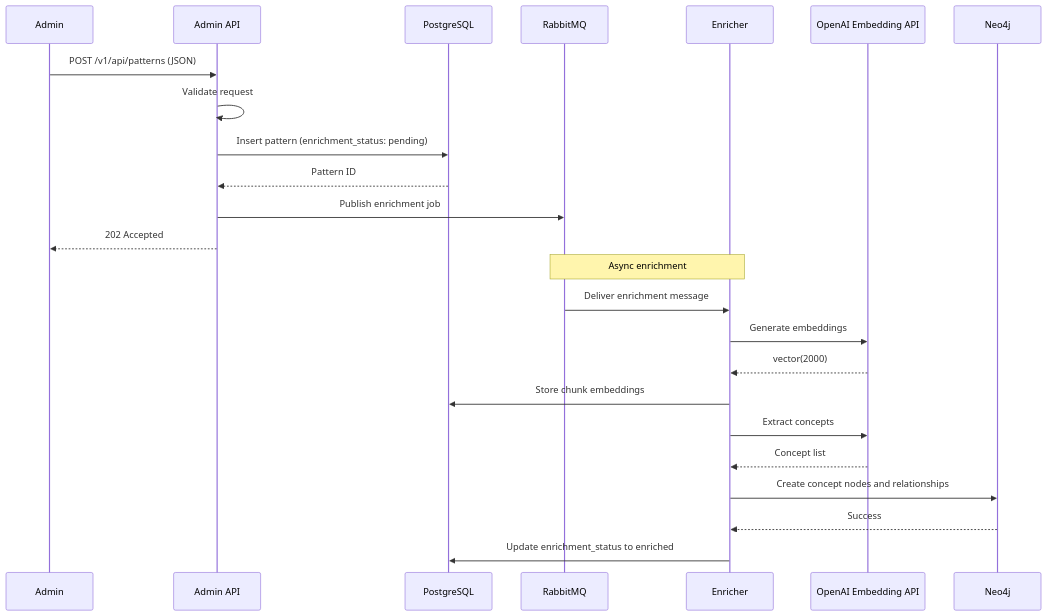
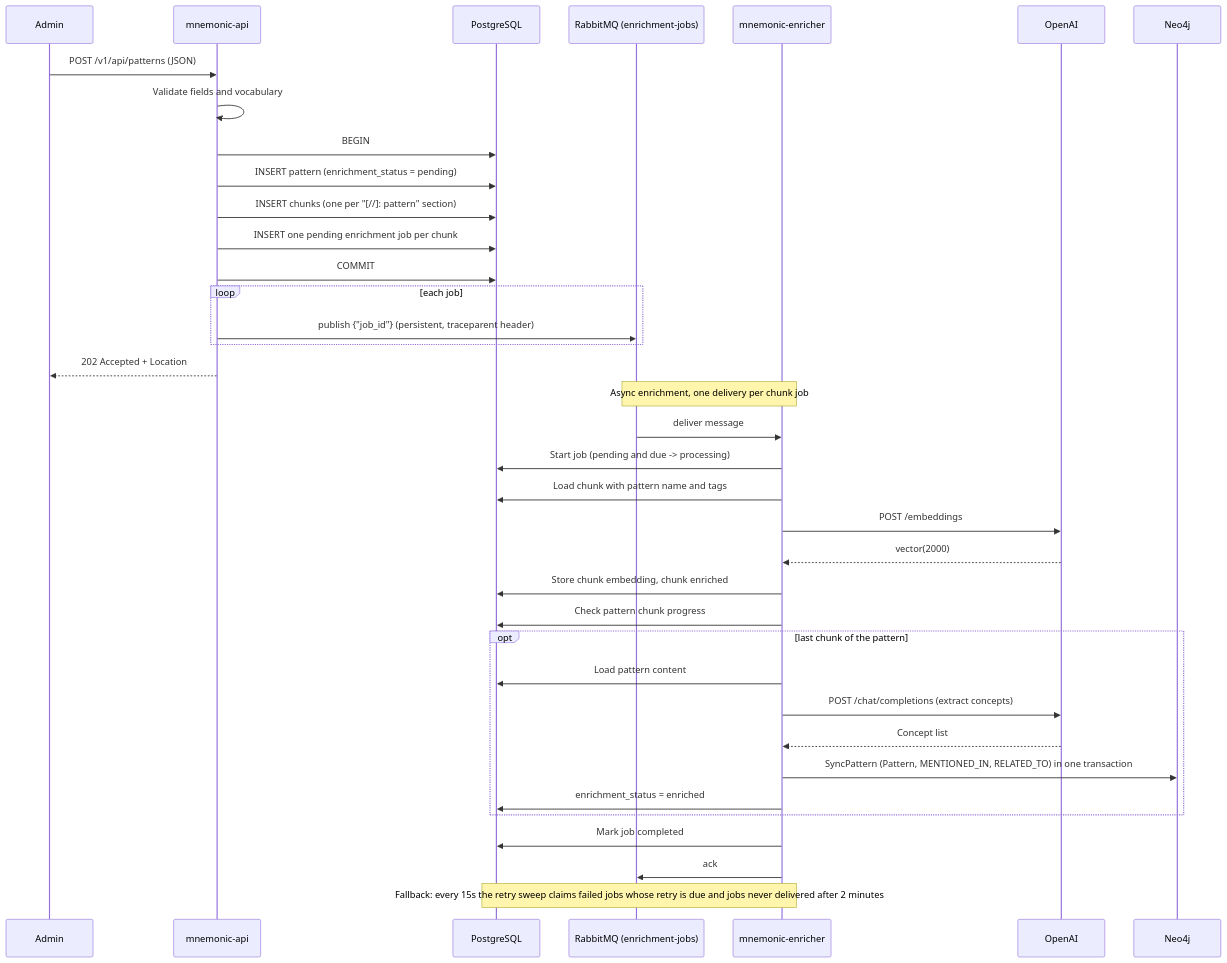
One commit to twistingmercury/mnemonic-docs changed the third of 4 diagrams in docs/architecture/system/02-system-architecture.md. Above: the diagram before and after it, drawn with Mermaid. The commit also changed other lines of this file and 41 other files, not shown here.

````diff
--- a/docs/architecture/system/02-system-architecture.md
+++ b/docs/architecture/system/02-system-architecture.md
@@ -172,28 +185,42 @@
 ```mermaid
 sequenceDiagram
     participant Admin
-    participant API as Admin API
+    participant API as mnemonic-api
     participant PG as PostgreSQL
-    participant RMQ as RabbitMQ
-    participant Enricher as Enricher
-    participant OPENAI as OpenAI Embedding API
+    participant RMQ as RabbitMQ (enrichment-jobs)
+    participant ENR as mnemonic-enricher
+    participant OPENAI as OpenAI
     participant NEO as Neo4j
 
     Admin->>API: POST /v1/api/patterns (JSON)
-    API->>API: Validate request
-    API->>PG: Insert pattern (enrichment_status: pending)
-    PG-->>API: Pattern ID
-    API->>RMQ: Publish enrichment job
-    API-->>Admin: 202 Accepted
+    API->>API: Validate fields and vocabulary
+    API->>PG: BEGIN
+    API->>PG: INSERT pattern (enrichment_status = pending)
+    API->>PG: INSERT chunks (one per "[//]: pattern" section)
+    API->>PG: INSERT one pending enrichment job per chunk
+    API->>PG: COMMIT
+    loop each job
+        API->>RMQ: publish {"job_id"} (persistent, traceparent header)
+    end
+    API-->>Admin: 202 Accepted + Location
 
-    Note over RMQ,Enricher: Async enrichment
-    RMQ->>Enricher: Deliver enrichment message
-    Enricher->>OPENAI: Generate embeddings
-    OPENAI-->>Enricher: vector(2000)
-    Enricher->>PG: Store chunk embeddings
-    Enricher->>OPENAI: Extract concepts
-    OPENAI-->>Enricher: Concept list
-    Enricher->>NEO: Create concept nodes and relationships
-    NEO-->>Enricher: Success
-    Enricher->>PG: Update enrichment_status to enriched
+    Note over RMQ,ENR: Async enrichment, one delivery per chunk job
+    RMQ->>ENR: deliver message
+    ENR->>PG: Start job (pending and due -> processing)
+    ENR->>PG: Load chunk with pattern name and tags
+    ENR->>OPENAI: POST /embeddings
+    OPENAI-->>ENR: vector(2000)
+    ENR->>PG: Store chunk embedding, chunk enriched
+    ENR->>PG: Check pattern chunk progress
+    opt last chunk of the pattern
+        ENR->>PG: Load pattern content
+        ENR->>OPENAI: POST /chat/completions (extract concepts)
+        OPENAI-->>ENR: Concept list
+        ENR->>NEO: SyncPattern (Pattern, MENTIONED_IN, RELATED_TO) in one transaction
+        ENR->>PG: enrichment_status = enriched
+    end
+    ENR->>PG: Mark job completed
+    ENR->>RMQ: ack
+
+    Note over ENR,PG: Fallback: every 15s the retry sweep claims failed jobs whose retry is due and jobs never delivered after 2 minutes
 ```
````
